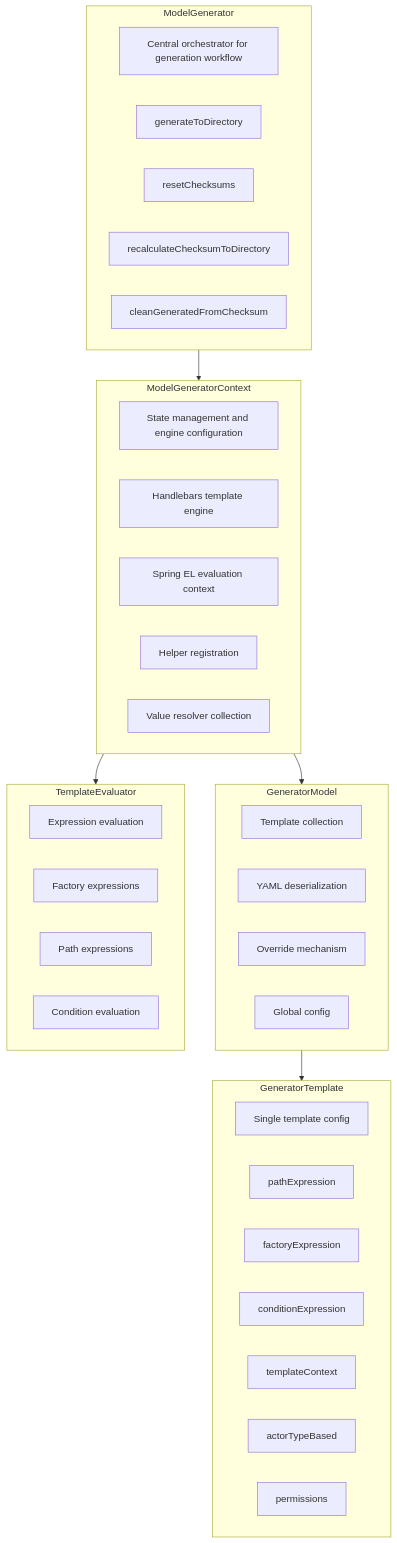
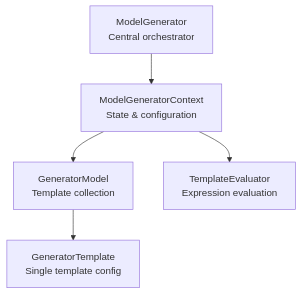
One commit to BlackBeltTechnology/judo-generator-commons changed the first of 4 diagrams in AGENTS.md. Above: the diagram before and after it, drawn with Mermaid. The commit also changed other lines of this file, not shown here.

First line of the commit message:
docs: Improve Mermaid diagram layout and alignment

````diff
--- a/AGENTS.md
+++ b/AGENTS.md
@@ -31,47 +31,13 @@
 ```mermaid
-flowchart TB
-    subgraph MG[ModelGenerator]
-        MG_desc[Central orchestrator for generation workflow]
-        MG_m1[generateToDirectory]
-        MG_m2[resetChecksums]
-        MG_m3[recalculateChecksumToDirectory]
-        MG_m4[cleanGeneratedFromChecksum]
-    end
-
-    subgraph MGC[ModelGeneratorContext]
-        MGC_desc[State management and engine configuration]
-        MGC_m1[Handlebars template engine]
-        MGC_m2[Spring EL evaluation context]
-        MGC_m3[Helper registration]
-        MGC_m4[Value resolver collection]
-    end
-
-    subgraph GM[GeneratorModel]
-        GM_desc[Template collection]
-        GM_m1[YAML deserialization]
-        GM_m2[Override mechanism]
-        GM_m3[Global config]
-    end
-
-    subgraph TE[TemplateEvaluator]
-        TE_desc[Expression evaluation]
-        TE_m1[Factory expressions]
-        TE_m2[Path expressions]
-        TE_m3[Condition evaluation]
-    end
-
-    subgraph GT[GeneratorTemplate]
-        GT_desc[Single template config]
-        GT_m1[pathExpression]
-        GT_m2[factoryExpression]
-        GT_m3[conditionExpression]
-        GT_m4[templateContext]
-        GT_m5[actorTypeBased]
-        GT_m6[permissions]
-    end
+flowchart TD
+    MG[ModelGenerator<br/>Central orchestrator]
+    MGC[ModelGeneratorContext<br/>State & configuration]
+    GM[GeneratorModel<br/>Template collection]
+    TE[TemplateEvaluator<br/>Expression evaluation]
+    GT[GeneratorTemplate<br/>Single template config]
 
     MG --> MGC
     MGC --> GM
     MGC --> TE
     GM --> GT
 ```
````
